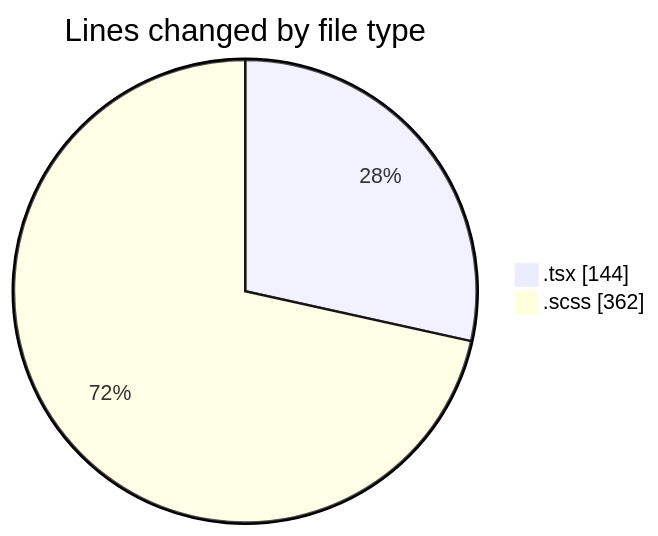
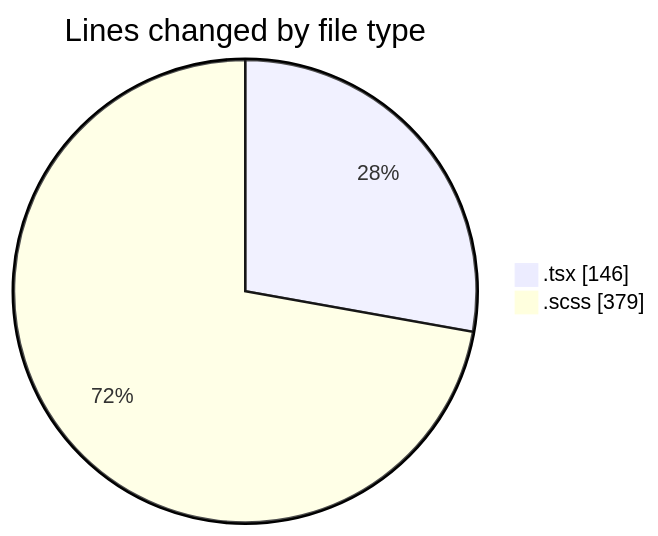
One commit to momahboobian/code-tracking changed the first of 2 diagrams in 2025-09-19/cda/README.md. Above: the diagram before and after it, drawn with Mermaid. The commit also changed other lines of this file and 1 other file, not shown here.

````diff
--- a/2025-09-19/cda/README.md
+++ b/2025-09-19/cda/README.md
@@ -21,6 +21,6 @@
 ```mermaid
 pie showData
 title Lines changed by file type
-".tsx" : 144
-".scss" : 362
+".tsx" : 146
+".scss" : 379
 ```
````
